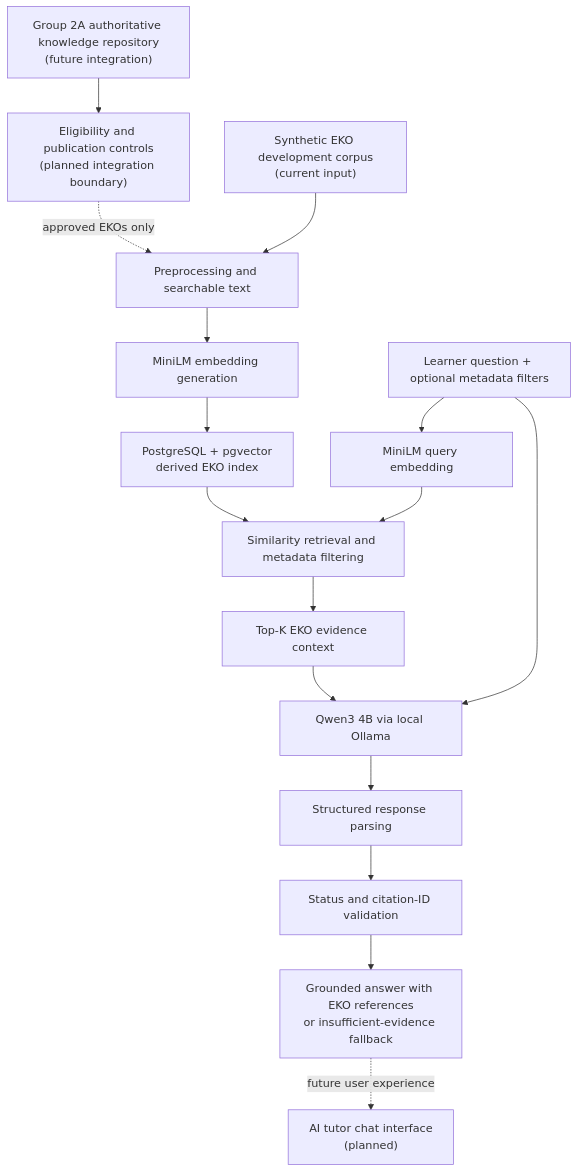
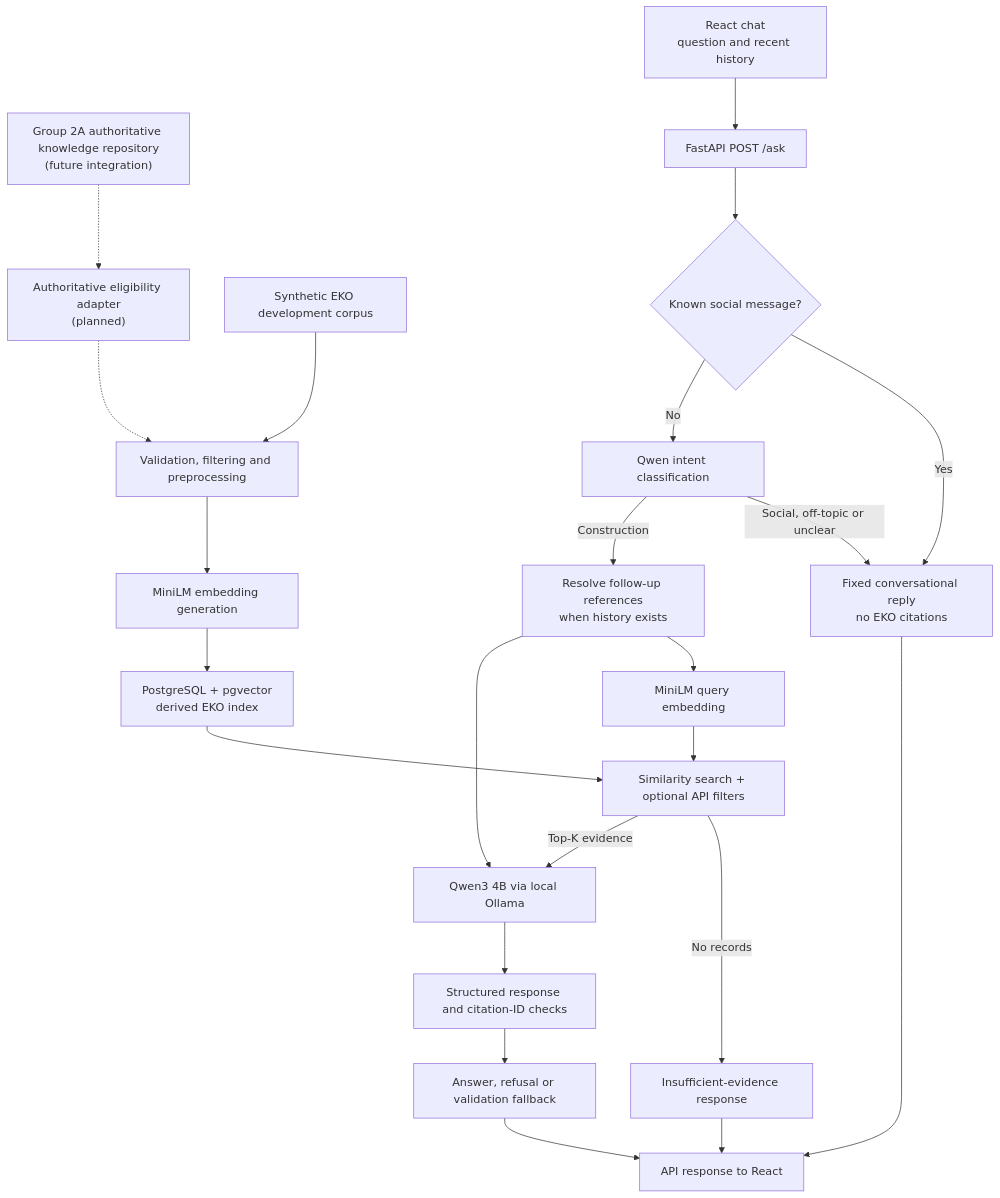
One commit to Sithara22/pg-s2-31 changed the diagram in docs/rag_architecture.md. Above: the diagram before and after it, drawn with Mermaid. The commit also changed other lines of this file and 10 other files, not shown here.

````diff
--- a/docs/rag_architecture.md
+++ b/docs/rag_architecture.md
@@ -53,18 +56,25 @@
 ```mermaid
 flowchart TD
-    A["Group 2A authoritative knowledge repository<br/>(future integration)"] --> B["Eligibility and publication controls<br/>(planned integration boundary)"]
-    S["Synthetic EKO development corpus<br/>(current input)"] --> C["Preprocessing and searchable text"]
-    B -. "approved EKOs only" .-> C
+    A["Group 2A authoritative knowledge repository<br/>(future integration)"] -.-> B["Authoritative eligibility adapter<br/>(planned)"]
+    B -.-> C["Validation, filtering and preprocessing"]
+    S["Synthetic EKO development corpus"] --> C
     C --> D["MiniLM embedding generation"]
     D --> E["PostgreSQL + pgvector<br/>derived EKO index"]
-    Q["Learner question + optional metadata filters"] --> F["MiniLM query embedding"]
-    F --> G["Similarity retrieval and metadata filtering"]
+    UI["React chat<br/>question and recent history"] --> API["FastAPI POST /ask"]
+    API --> QUICK{"Known social message?"}
+    QUICK -- Yes --> SOCIAL["Fixed conversational reply<br/>no EKO citations"]
+    QUICK -- No --> ROUTE["Qwen intent classification"]
+    ROUTE -- "Social, off-topic or unclear" --> SOCIAL
+    ROUTE -- Construction --> REWRITE["Resolve follow-up references<br/>when history exists"]
+    REWRITE --> F["MiniLM query embedding"]
+    F --> G["Similarity search + optional API filters"]
     E --> G
-    G --> H["Top-K EKO evidence context"]
-    H --> I["Qwen3 4B via local Ollama"]
-    Q --> I
-    I --> J["Structured response parsing"]
-    J --> K["Status and citation-ID validation"]
-    K --> O["Grounded answer with EKO references<br/>or insufficient-evidence fallback"]
-    O -. "future user experience" .-> UI["AI tutor chat interface<br/>(planned)"]
+    G -- "No records" --> REFUSE["Insufficient-evidence response"]
+    G -- "Top-K evidence" --> I["Qwen3 4B via local Ollama"]
+    REWRITE --> I
+    I --> J["Structured response and citation-ID checks"]
+    J --> O["Answer, refusal or validation fallback"]
+    O --> APIRES["API response to React"]
+    SOCIAL --> APIRES
+    REFUSE --> APIRES
 ```
````
